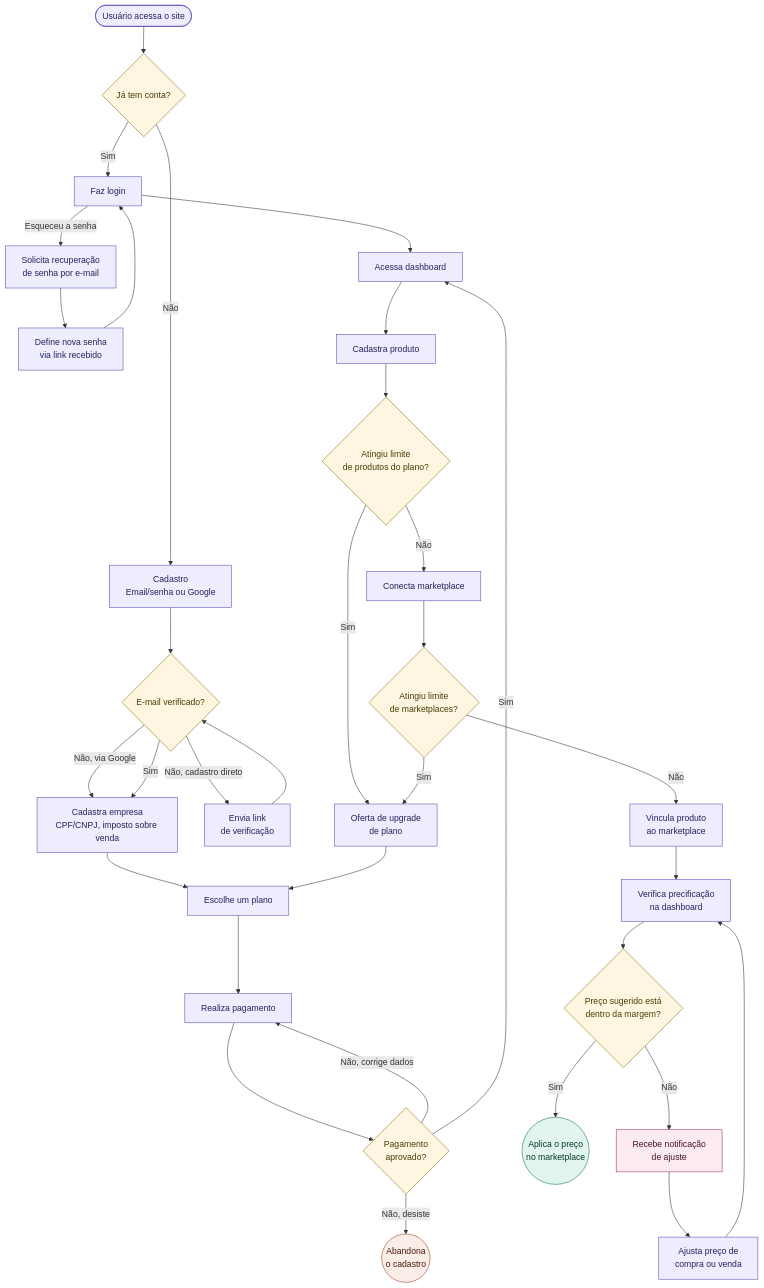
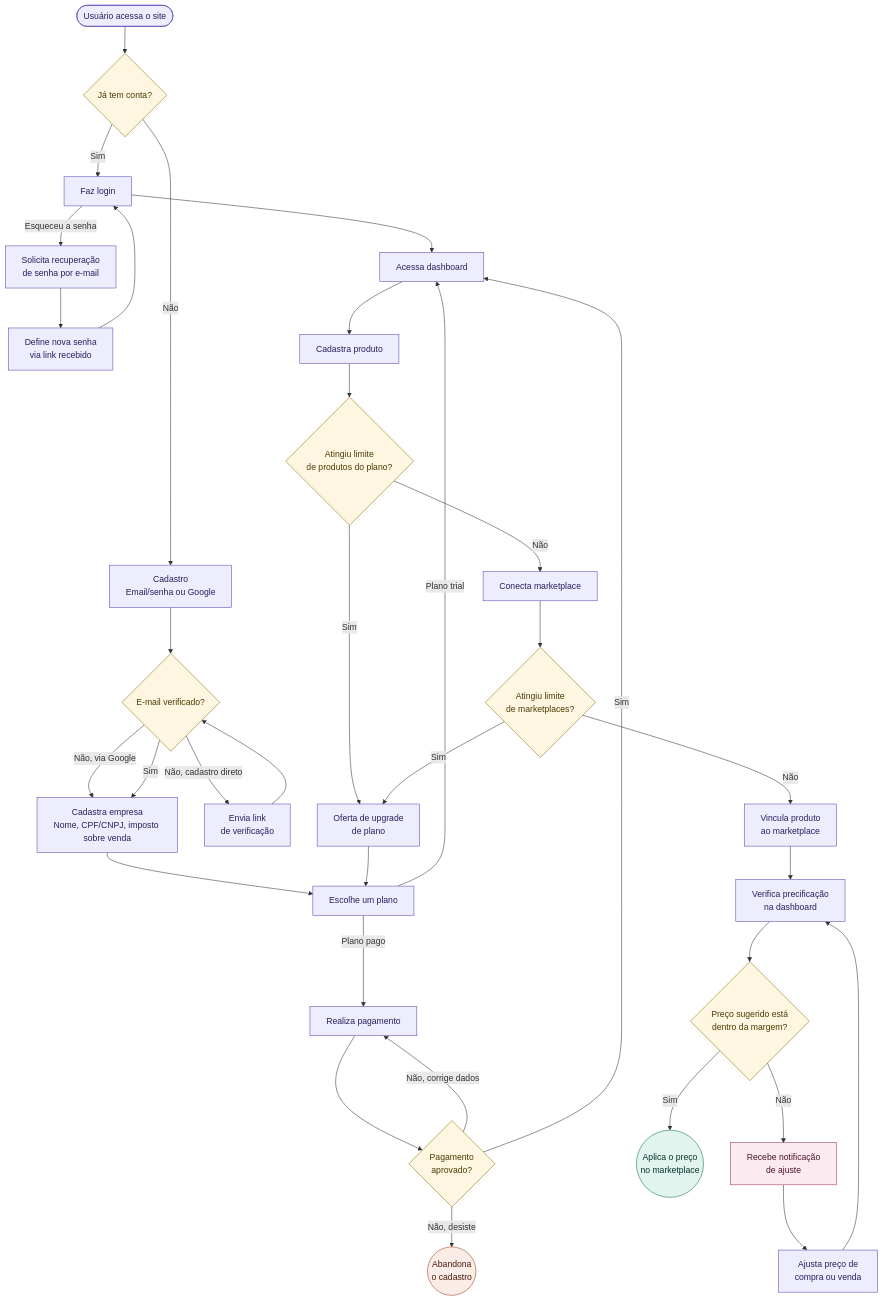
The third of 3 diagrams in docs/negocio/contexto-plataforma-precificacao.md (oseasmoreto/orbita.web), drawn with Mermaid before and after one commit. The commit also changed other lines of this file and 11 other files, not shown here.

````diff
--- a/docs/negocio/contexto-plataforma-precificacao.md
+++ b/docs/negocio/contexto-plataforma-precificacao.md
@@ -427,58 +587,59 @@
 ```mermaid
 flowchart TD
     Start([Usuário acessa o site]) --> HasAccount{Já tem conta?}
     HasAccount -->|Sim| Login[Faz login]
     HasAccount -->|Não| Signup[Cadastro<br/>Email/senha ou Google]
 
     Login -->|Esqueceu a senha| ForgotPassword[Solicita recuperação<br/>de senha por e-mail]
     ForgotPassword --> ResetPassword[Define nova senha<br/>via link recebido]
     ResetPassword --> Login
 
     Signup --> EmailVerified{E-mail verificado?}
     EmailVerified -->|Não, via Google| RegisterCompany
     EmailVerified -->|Sim| RegisterCompany
     EmailVerified -->|Não, cadastro direto| SendVerification[Envia link<br/>de verificação]
     SendVerification --> EmailVerified
 
-    RegisterCompany[Cadastra empresa<br/>CPF/CNPJ, imposto sobre venda]
+    RegisterCompany[Cadastra empresa<br/>Nome, CPF/CNPJ, imposto sobre venda]
     RegisterCompany --> ChoosePlan
 
     ChoosePlan[Escolhe um plano]
     Login --> Dashboard[Acessa dashboard]
 
-    ChoosePlan --> Payment[Realiza pagamento]
+    ChoosePlan -->|Plano trial| Dashboard
+    ChoosePlan -->|Plano pago| Payment[Realiza pagamento]
 
     Payment --> PaymentOk{Pagamento<br/>aprovado?}
     PaymentOk -->|Não, corrige dados| Payment
     PaymentOk -->|Não, desiste| Abandon((Abandona<br/>o cadastro))
     PaymentOk -->|Sim| Dashboard
 
     Dashboard --> RegisterProduct[Cadastra produto]
     RegisterProduct --> ProductLimit{Atingiu limite<br/>de produtos do plano?}
     ProductLimit -->|Sim| Upgrade[Oferta de upgrade<br/>de plano]
     Upgrade --> ChoosePlan
     ProductLimit -->|Não| ConnectMkt[Conecta marketplace]
 
     ConnectMkt --> MktLimit{Atingiu limite<br/>de marketplaces?}
     MktLimit -->|Sim| Upgrade
     MktLimit -->|Não| LinkProduct[Vincula produto<br/>ao marketplace]
 
     LinkProduct --> CheckPricing[Verifica precificação<br/>na dashboard]
     CheckPricing --> MarginOk{Preço sugerido está<br/>dentro da margem?}
     MarginOk -->|Sim| Success((Aplica o preço<br/>no marketplace))
     MarginOk -->|Não| Notify[Recebe notificação<br/>de ajuste]
     Notify --> AdjustPrice[Ajusta preço de<br/>compra ou venda]
     AdjustPrice --> CheckPricing
 
     classDef process fill:#EEEDFE,stroke:#534AB7,color:#26215C
     classDef decision fill:#FEF6E0,stroke:#8A6D0B,color:#4A3B05
     classDef success fill:#E1F5EE,stroke:#0F6E56,color:#04342C
     classDef exit fill:#FAECE7,stroke:#993C1D,color:#4A1B0C
     classDef notif fill:#FBEAF0,stroke:#993556,color:#4B1528
 
-    class Start,Login,Signup,RegisterCompany,ChoosePlan,Payment,Dashboard,RegisterProduct,ConnectMkt,LinkProduct,CheckPricing,AdjustPrice,Upgrade,ForgotPassword,ResetPassword,SendVerification process
+    class Start,Login,Signup,ChoosePlan,Payment,Dashboard,RegisterProduct,ConnectMkt,LinkProduct,CheckPricing,AdjustPrice,Upgrade,ForgotPassword,ResetPassword,SendVerification,RegisterCompany process
     class HasAccount,PaymentOk,ProductLimit,MktLimit,MarginOk,EmailVerified decision
     class Success success
     class Abandon exit
     class Notify notif
 ```
````
